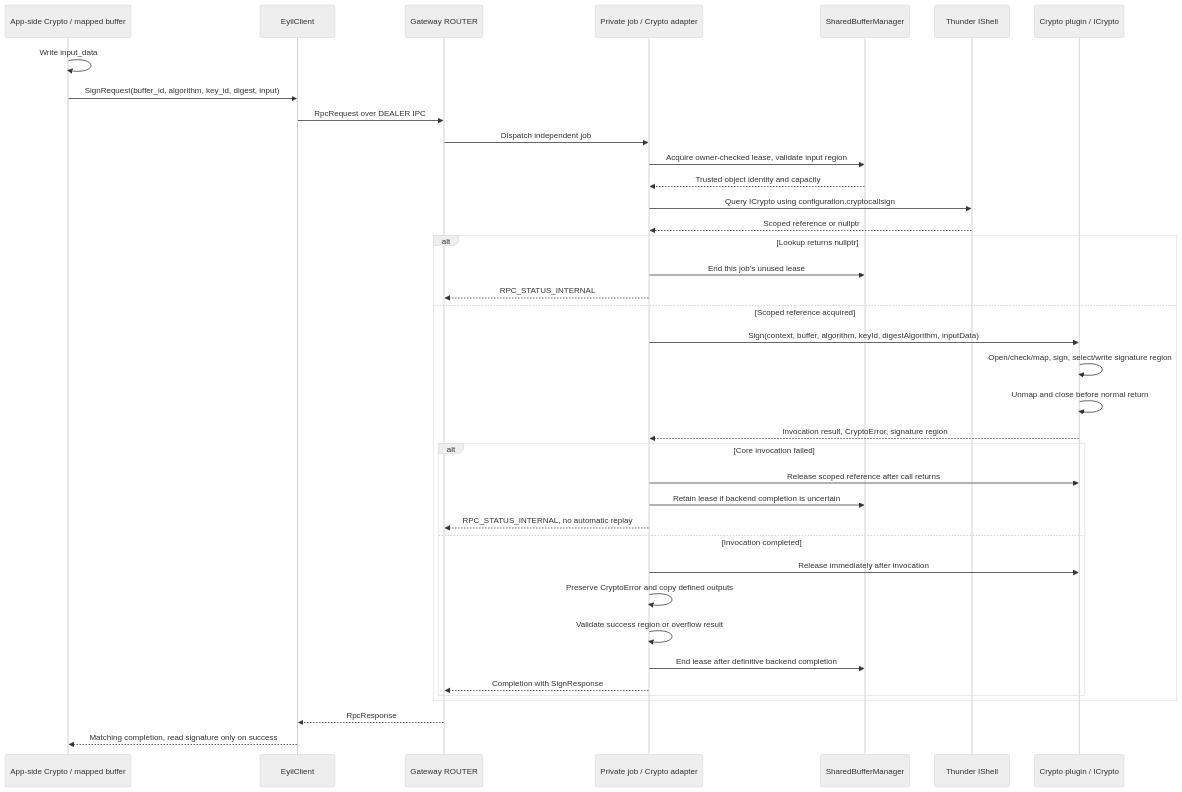
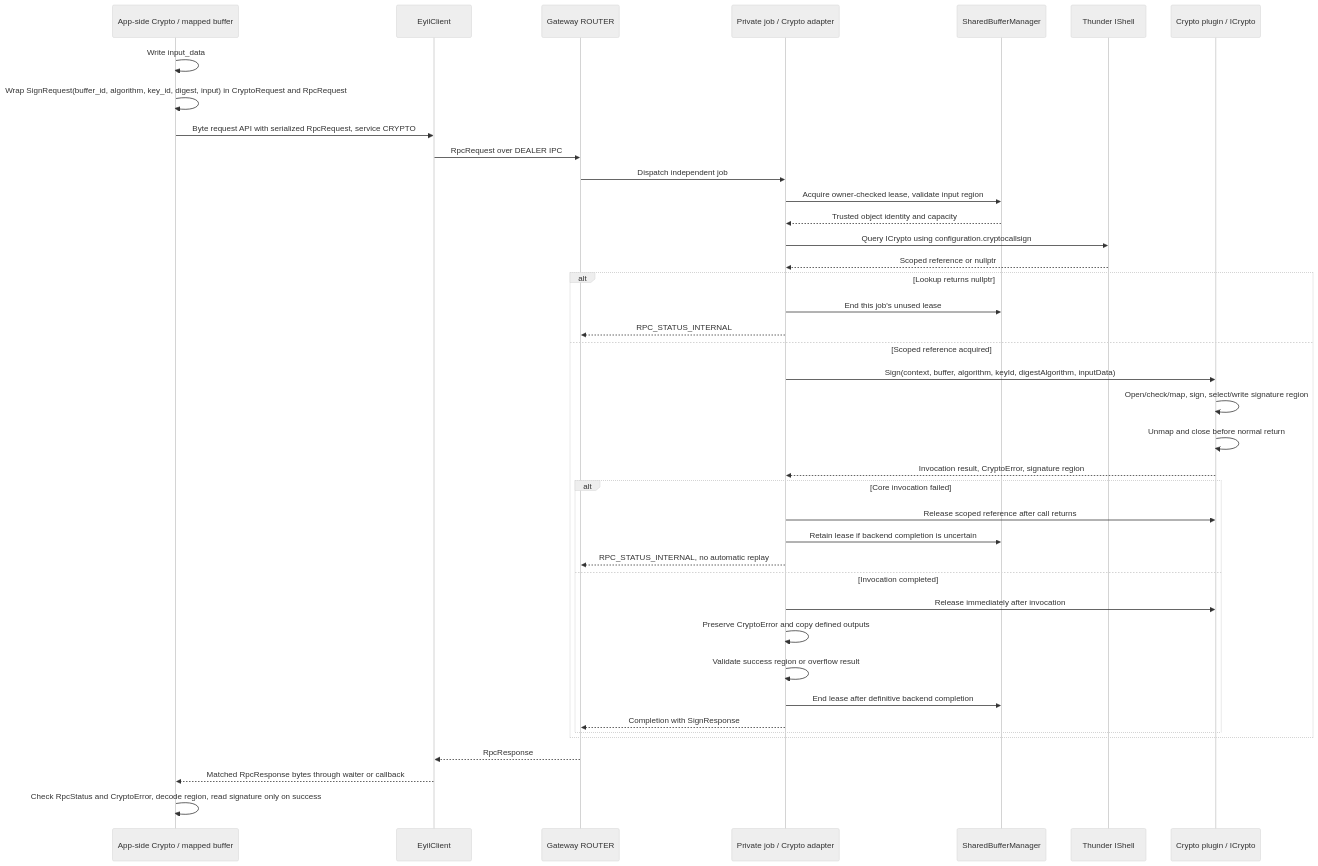
Before and after one commit to rdkcentral/eyil-secure-gateway: diagram 25 of 35 in doc/EyilSecureGateway.md, drawn with Mermaid (neutral theme). The commit also changed other lines of this file, not shown here.

````diff
--- a/doc/EyilSecureGateway.md
+++ b/doc/EyilSecureGateway.md
@@ -3078,40 +3583,42 @@
 ```mermaid
 sequenceDiagram
     participant A as App-side Crypto / mapped buffer
     participant L as EyilClient
     participant R as Gateway ROUTER
     participant J as Private job / Crypto adapter
     participant B as SharedBufferManager
     participant T as Thunder IShell
     participant C as Crypto plugin / ICrypto
     A->>A: Write input_data
-    A->>L: SignRequest(buffer_id, algorithm, key_id, digest, input)
+    A->>A: Wrap SignRequest(buffer_id, algorithm, key_id, digest, input) in CryptoRequest and RpcRequest
+    A->>L: Byte request API with serialized RpcRequest, service CRYPTO
     L->>R: RpcRequest over DEALER IPC
     R->>J: Dispatch independent job
     J->>B: Acquire owner-checked lease, validate input region
     B-->>J: Trusted object identity and capacity
     J->>T: Query ICrypto using configuration.cryptocallsign
     T-->>J: Scoped reference or nullptr
     alt Lookup returns nullptr
         J->>B: End this job's unused lease
         J-->>R: RPC_STATUS_INTERNAL
     else Scoped reference acquired
         J->>C: Sign(context, buffer, algorithm, keyId, digestAlgorithm, inputData)
         C->>C: Open/check/map, sign, select/write signature region
         C->>C: Unmap and close before normal return
         C-->>J: Invocation result, CryptoError, signature region
         alt Core invocation failed
             J->>C: Release scoped reference after call returns
             J->>B: Retain lease if backend completion is uncertain
             J-->>R: RPC_STATUS_INTERNAL, no automatic replay
         else Invocation completed
             J->>C: Release immediately after invocation
             J->>J: Preserve CryptoError and copy defined outputs
             J->>J: Validate success region or overflow result
             J->>B: End lease after definitive backend completion
             J-->>R: Completion with SignResponse
         end
     end
     R-->>L: RpcResponse
-    L-->>A: Matching completion, read signature only on success
+    L-->>A: Matched RpcResponse bytes through waiter or callback
+    A->>A: Check RpcStatus and CryptoError, decode region, read signature only on success
 ```
````
